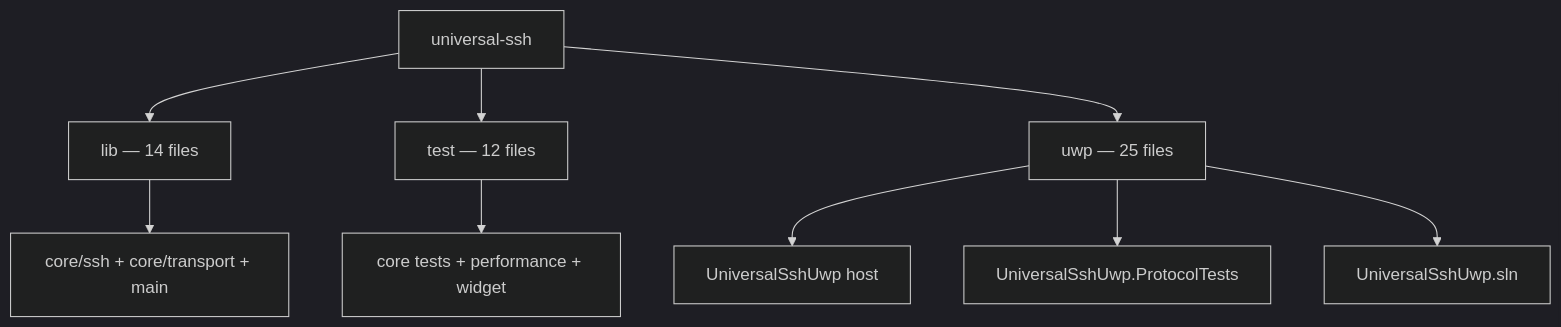
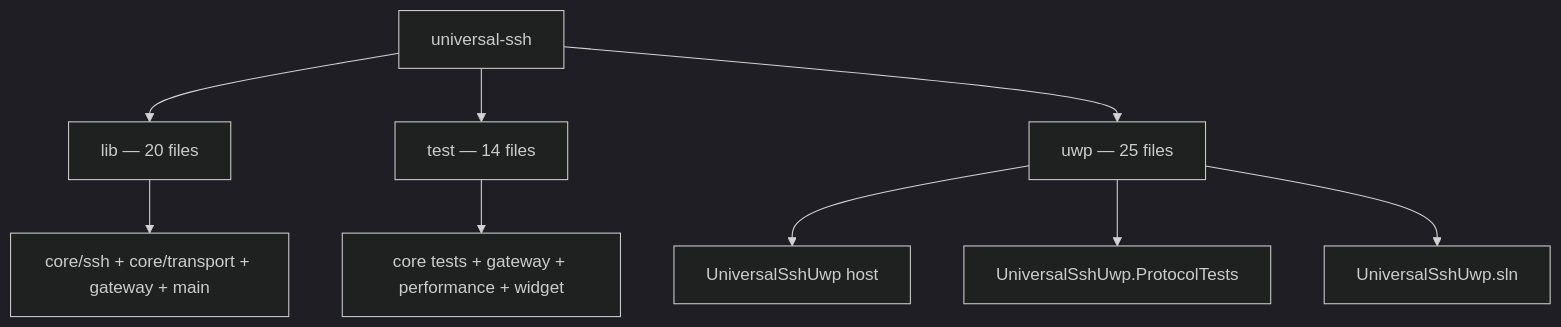
The diagram in docs/architecture/files.md (aloisiocosta-prof/universal-ssh), drawn with Mermaid (dark theme) before and after one commit. The commit also changed other lines of this file, not shown here.

Commit message:
docs: keep architecture file inventory in sync

````diff
--- a/docs/architecture/files.md
+++ b/docs/architecture/files.md
@@ -9,12 +9,12 @@
 ```mermaid
 flowchart TB
   R[universal-ssh]
-  R --> L[lib — 14 files]
-  R --> T[test — 12 files]
+  R --> L[lib — 20 files]
+  R --> T[test — 14 files]
   R --> U[uwp — 25 files]
-  L --> LC[core/ssh + core/transport + main]
-  T --> TC[core tests + performance + widget]
+  L --> LC[core/ssh + core/transport + gateway + main]
+  T --> TC[core tests + gateway + performance + widget]
   U --> UH[UniversalSshUwp host]
   U --> UT[UniversalSshUwp.ProtocolTests]
   U --> US[UniversalSshUwp.sln]
 ```
````
